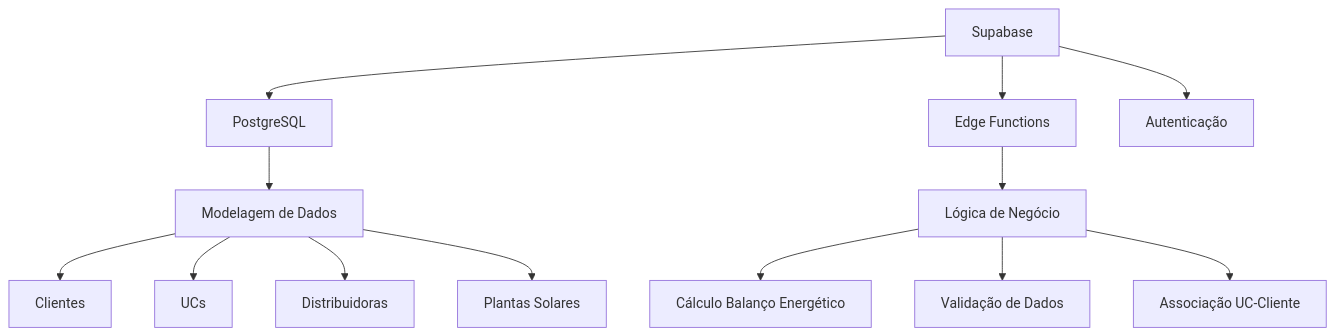
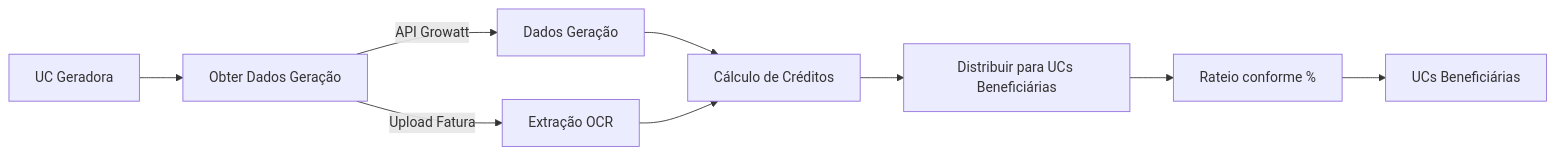
Before and after one commit to ottoffilho/modularone: the sixth of 6 diagrams in .cursor/rules/contexto-modularone.md, drawn with Mermaid. The commit also changed other lines of this file and 29 other files, not shown here.

Commit message:
Correção completa de mapeamento de banco de dados e implementação de segurança OWASP - Corrigido mapeamento de colunas UCForm/UCDetails/FaturasUpload - Implementado segurança: .env, SHA-256, rate limiting, CSRF, sanitização - Adicionado @ts-ignore para compatibilidade Zod/React Hook Form

````diff
--- a/.cursor/rules/contexto-modularone.md
+++ b/.cursor/rules/contexto-modularone.md
@@ -304,15 +334,11 @@
 ```mermaid
-graph TD
-  A[Supabase] --> B[PostgreSQL]
-  A --> C[Edge Functions]
-  A --> D[Autenticação]
-  B --> E[Modelagem de Dados]
-  E --> F[Clientes]
-  E --> G[UCs]
-  E --> H[Distribuidoras]
-  E --> I[Plantas Solares]
-  C --> J[Lógica de Negócio]
-  J --> K[Cálculo Balanço Energético]
-  J --> L[Validação de Dados]
-  J --> M[Associação UC-Cliente]
+flowchart LR
+  A[UC Geradora] --> B[Obter Dados Geração]
+  B -->|API Growatt| C[Dados Geração]
+  B -->|Upload Fatura| D[Extração OCR]
+  C --> E[Cálculo de Créditos]
+  D --> E
+  E --> F[Distribuir para UCs Beneficiárias]
+  F --> G[Rateio conforme %]
+  G --> H[UCs Beneficiárias]
 ```
````
